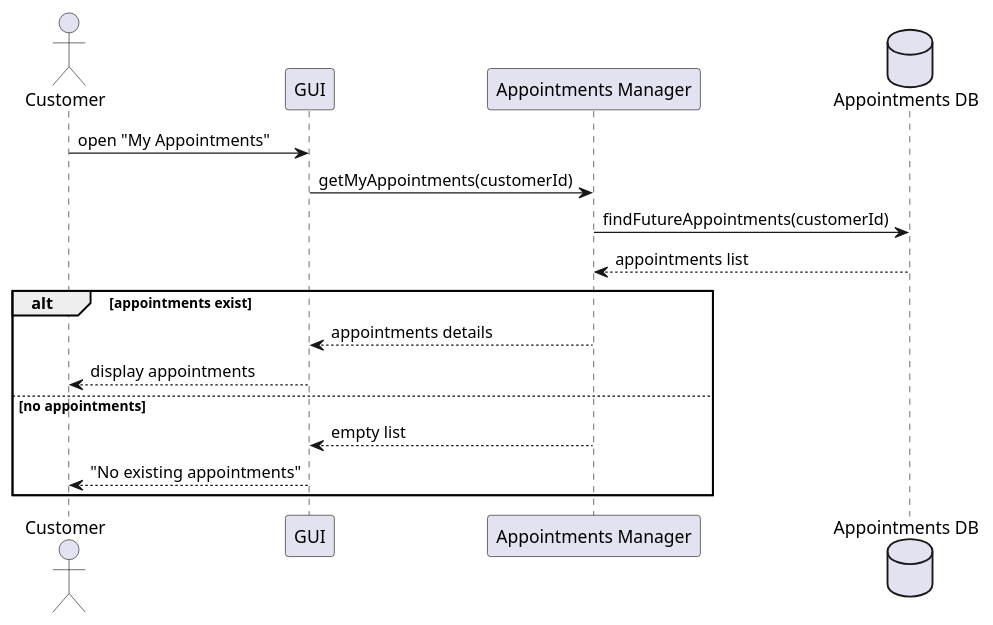
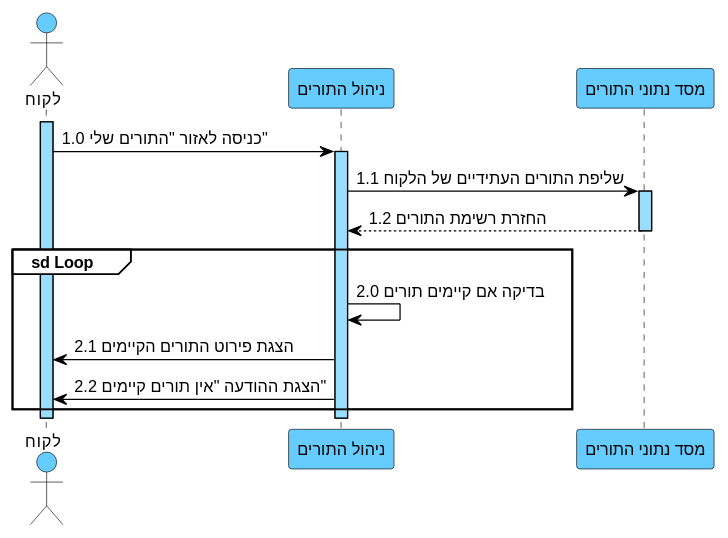
The diagram in docs/diagrams/puml/04-seq-suc04-צפייה-בתורים.puml (arielkaplan20/GOLDEN_HAIR_SALOAN), drawn with PlantUML before and after one commit. The commit also changed 26 other files, not shown here.

```diff
--- a/docs/diagrams/puml/04-seq-suc04-צפייה-בתורים.puml
+++ b/docs/diagrams/puml/04-seq-suc04-צפייה-בתורים.puml
@@ -1,18 +1,40 @@
 @startuml
-actor Customer
-participant GUI
-participant "Appointments Manager" as AM
-database "Appointments DB" as DB
+skinparam backgroundColor white
+skinparam defaultFontName Arial
+skinparam defaultFontSize 13
+skinparam sequence {
+ArrowColor black
+ArrowFontColor black
+ActorBorderColor black
+ActorBackgroundColor #66CCFF
+LifeLineBorderColor black
+LifeLineBackgroundColor #99DDFF
+ParticipantBorderColor black
+ParticipantBackgroundColor #66CCFF
+ParticipantFontColor black
+ParticipantFontSize 13
+GroupBorderColor black
+GroupBackgroundColor white
+GroupHeaderFontColor black
+}
 
-Customer -> GUI : open "My Appointments"
-GUI -> AM : getMyAppointments(customerId)
-AM -> DB : findFutureAppointments(customerId)
-DB --> AM : appointments list
-alt appointments exist
-AM --> GUI : appointments details
-GUI --> Customer : display appointments
-else no appointments
-AM --> GUI : empty list
-GUI --> Customer : "No existing appointments"
+actor "לקוח" as C
+participant "ניהול התורים" as AM
+participant "מסד נתוני התורים" as DB
+
+activate C
+C -> AM : 1.0 כניסה לאזור "התורים שלי"
+activate AM
+AM -> DB : 1.1 שליפת התורים העתידיים של הלקוח
+activate DB
+DB --> AM : 1.2 החזרת רשימת התורים
+deactivate DB
+
+group sd Loop
+AM -> AM : 2.0 בדיקה אם קיימים תורים
+AM -> C : 2.1 הצגת פירוט התורים הקיימים
+AM -> C : 2.2 הצגת ההודעה "אין תורים קיימים"
 end
+deactivate AM
+deactivate C
 @enduml
```
